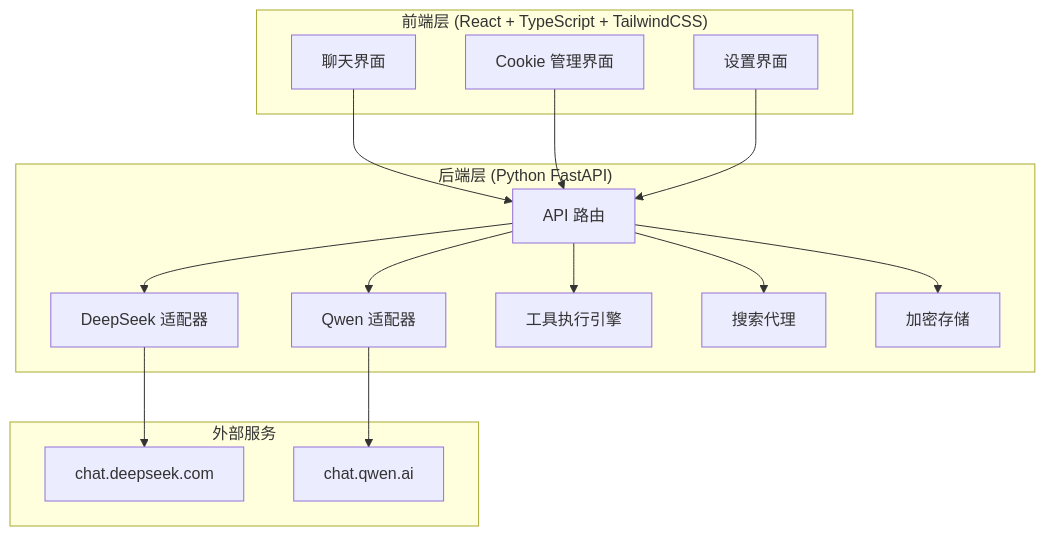
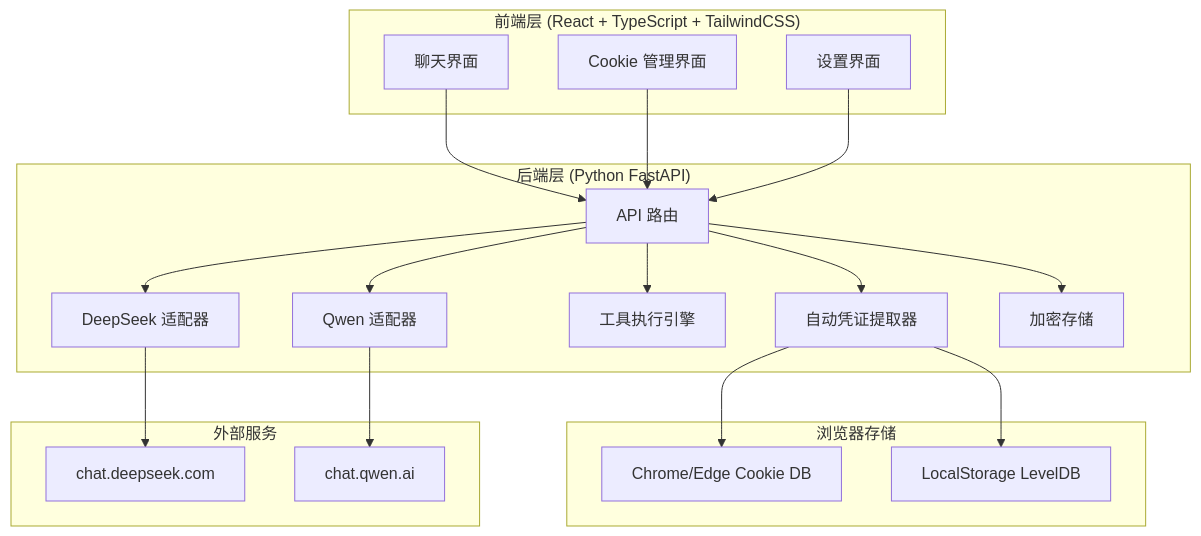
Before and after one commit to 46w57/CloudFlare-ImgBed: the first of 3 diagrams in zero-token-chat/.trae/documents/tech-arch.md, drawn with Mermaid. The commit also changed other lines of this file and 1 other file, not shown here.

````diff
--- a/zero-token-chat/.trae/documents/tech-arch.md
+++ b/zero-token-chat/.trae/documents/tech-arch.md
@@ -3,33 +3,40 @@
 ```mermaid
 graph TB
     subgraph "前端层 (React + TypeScript + TailwindCSS)"
         UI["聊天界面"]
         CM["Cookie 管理界面"]
         SET["设置界面"]
     end
 
     subgraph "后端层 (Python FastAPI)"
         API["API 路由"]
         DS["DeepSeek 适配器"]
         QW["Qwen 适配器"]
         TOOL["工具执行引擎"]
-        SEARCH["搜索代理"]
+        AUTO["自动凭证提取器"]
         CRYPTO["加密存储"]
+    end
+
+    subgraph "浏览器存储"
+        CB["Chrome/Edge Cookie DB"]
+        LS["LocalStorage LevelDB"]
     end
 
     subgraph "外部服务"
         DSAPI["chat.deepseek.com"]
         QWAPI["chat.qwen.ai"]
     end
 
     UI --> API
     CM --> API
     SET --> API
     API --> DS
     API --> QW
     API --> TOOL
-    API --> SEARCH
+    API --> AUTO
     API --> CRYPTO
+    AUTO --> CB
+    AUTO --> LS
     DS --> DSAPI
     QW --> QWAPI
 ```
````
